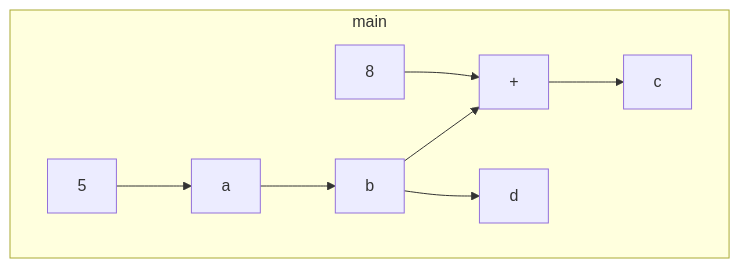
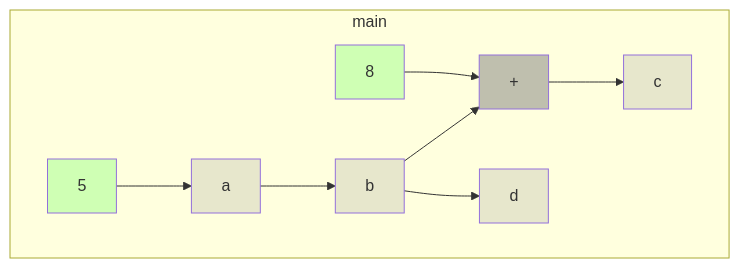
The diagram in app/src/test/resources/base/truth.md (gstiebler/codeflow), drawn with Mermaid before and after one commit. The commit also changed 6 other files, not shown here.

````diff
--- a/app/src/test/resources/base/truth.md
+++ b/app/src/test/resources/base/truth.md
@@ -1,11 +1,16 @@
 ```mermaid
 flowchart TD
   subgraph main
-    1[a] --> 3[b]
-    2[5] --> 1[a]
-    3[b] --> 6[+]
-    3[b] --> 7[d]
-    5[8] --> 6[+]
-    6[+] --> 4[c]
+    1[a]:::VARIABLE --> 3[b]:::VARIABLE
+    2[5]:::LITERAL --> 1[a]:::VARIABLE
+    3[b]:::VARIABLE --> 6[+]:::BIN_OP
+    3[b]:::VARIABLE --> 7[d]:::VARIABLE
+    5[8]:::LITERAL --> 6[+]:::BIN_OP
+    6[+]:::BIN_OP --> 4[c]:::VARIABLE
   end
+  classDef LITERAL fill:#00FF0030
+  classDef VARIABLE fill:#80808030
+  classDef BIN_OP fill:#80808080
+  classDef FUNC_PARAM fill:#8080FF30
+  classDef RETURN fill:#FF808080
 ```
````
